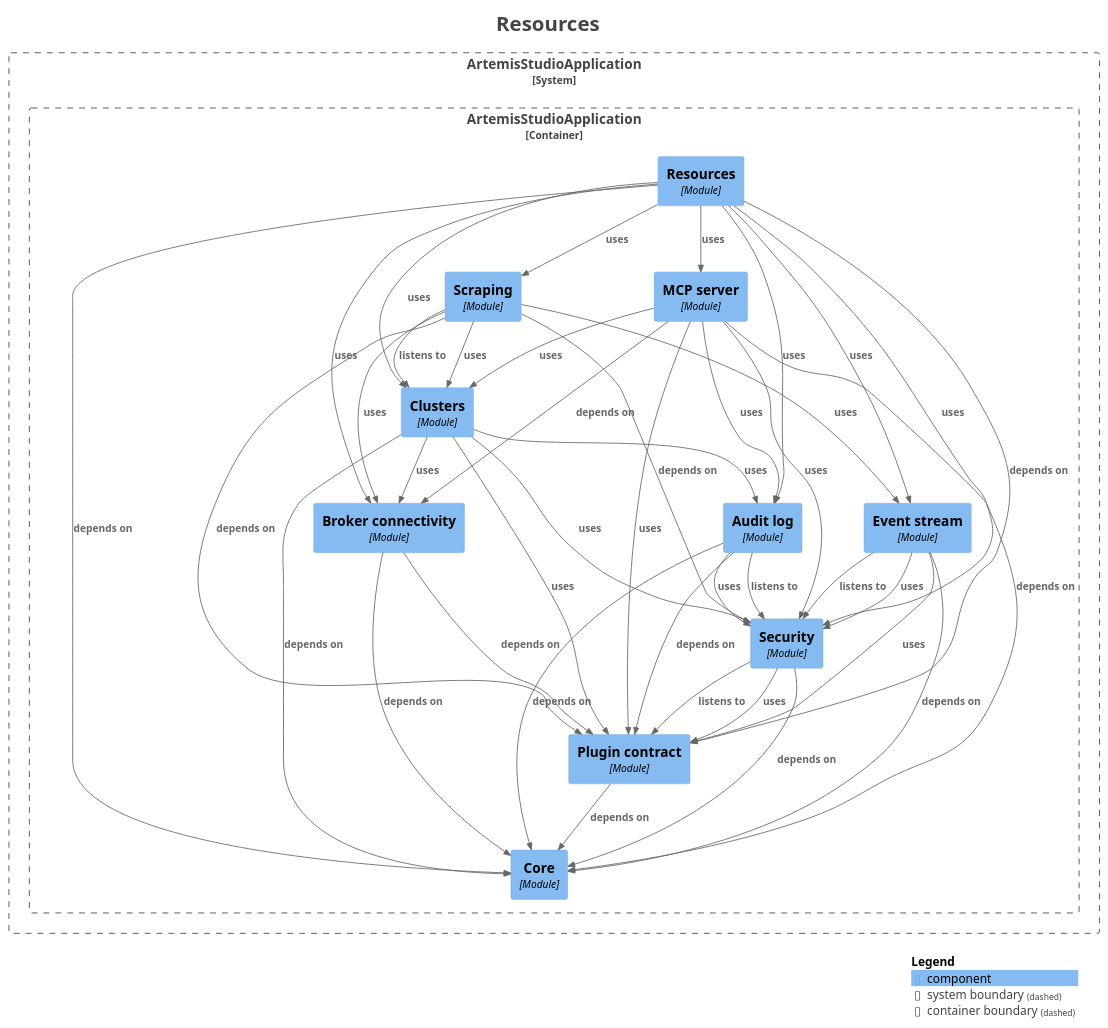
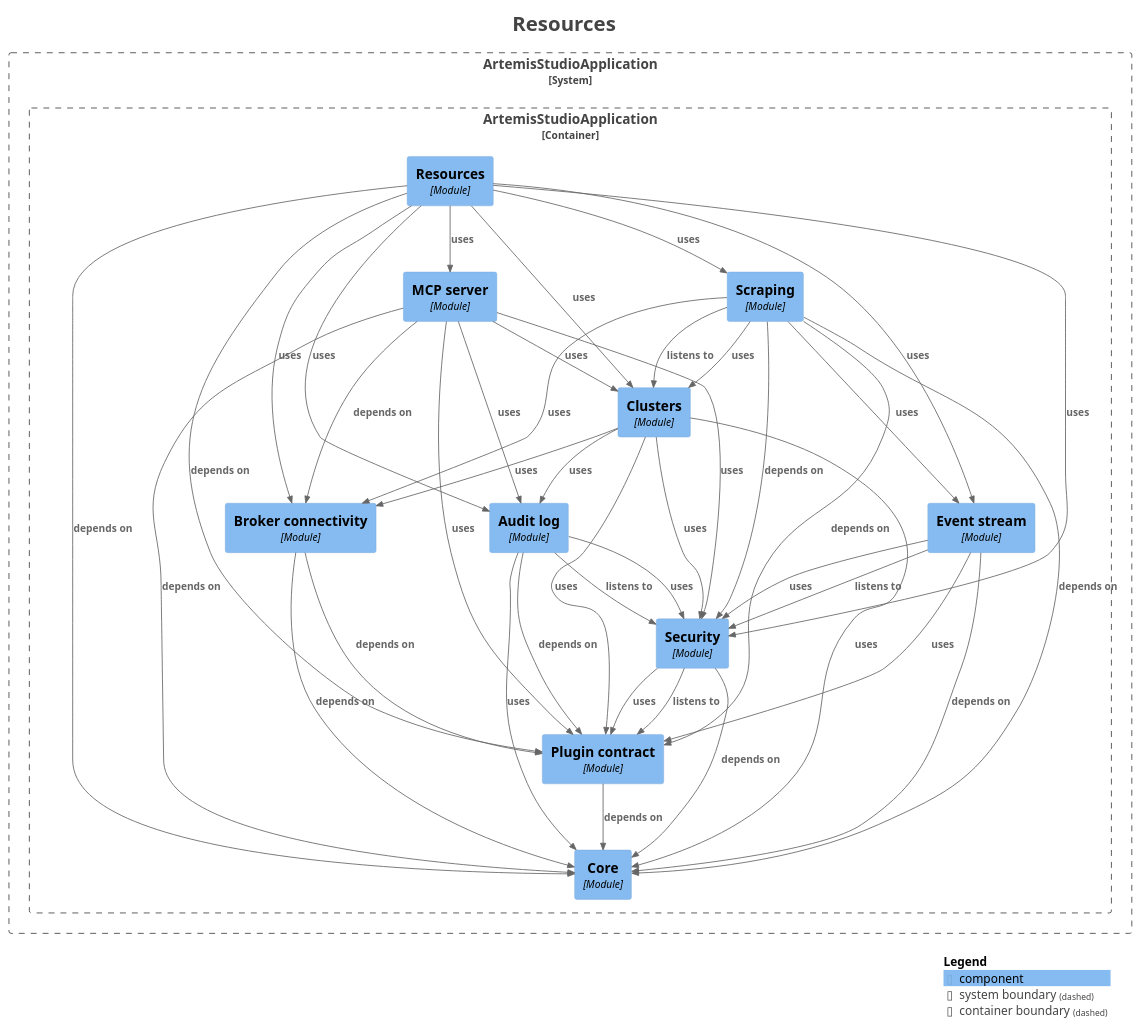
The diagram in docs/modules/module-feature.resources.puml (sudoitir/artemis-studio), drawn with PlantUML before and after one commit. The commit also changed 84 other files, not shown here.

```diff
--- a/docs/modules/module-feature.resources.puml
+++ b/docs/modules/module-feature.resources.puml
@@ -1,77 +1,78 @@
 @startuml
 title <size:24>Resources</size>
 
 set separator none
 top to bottom direction
 
 <style>
   root {
     BackgroundColor: #ffffff
     FontColor: #444444
   }
 </style>
 
 !include <C4/C4>
 !include <C4/C4_Context>
 !include <C4/C4_Component>
 
 System_Boundary("ArtemisStudioApplication_boundary", "ArtemisStudioApplication", $tags="") {
   Container_Boundary("ArtemisStudioApplication.ArtemisStudioApplication_boundary", "ArtemisStudioApplication", $tags="") {
     Component(ArtemisStudioApplication.ArtemisStudioApplication.Auditlog, "Audit log", $techn="Module", $descr="", $tags="", $link="")
     Component(ArtemisStudioApplication.ArtemisStudioApplication.Brokerconnectivity, "Broker connectivity", $techn="Module", $descr="", $tags="", $link="")
     Component(ArtemisStudioApplication.ArtemisStudioApplication.Clusters, "Clusters", $techn="Module", $descr="", $tags="", $link="")
     Component(ArtemisStudioApplication.ArtemisStudioApplication.Core, "Core", $techn="Module", $descr="", $tags="", $link="")
     Component(ArtemisStudioApplication.ArtemisStudioApplication.Eventstream, "Event stream", $techn="Module", $descr="", $tags="", $link="")
     Component(ArtemisStudioApplication.ArtemisStudioApplication.MCPserver, "MCP server", $techn="Module", $descr="", $tags="", $link="")
     Component(ArtemisStudioApplication.ArtemisStudioApplication.Plugincontract, "Plugin contract", $techn="Module", $descr="", $tags="", $link="")
     Component(ArtemisStudioApplication.ArtemisStudioApplication.Resources, "Resources", $techn="Module", $descr="", $tags="", $link="")
     Component(ArtemisStudioApplication.ArtemisStudioApplication.Scraping, "Scraping", $techn="Module", $descr="", $tags="", $link="")
     Component(ArtemisStudioApplication.ArtemisStudioApplication.Security, "Security", $techn="Module", $descr="", $tags="", $link="")
   }
 
 }
 
-Rel(ArtemisStudioApplication.ArtemisStudioApplication.Auditlog, ArtemisStudioApplication.ArtemisStudioApplication.Core, "depends on", $techn="", $tags="", $link="")
+Rel(ArtemisStudioApplication.ArtemisStudioApplication.Auditlog, ArtemisStudioApplication.ArtemisStudioApplication.Core, "uses", $techn="", $tags="", $link="")
 Rel(ArtemisStudioApplication.ArtemisStudioApplication.Auditlog, ArtemisStudioApplication.ArtemisStudioApplication.Plugincontract, "depends on", $techn="", $tags="", $link="")
 Rel(ArtemisStudioApplication.ArtemisStudioApplication.Auditlog, ArtemisStudioApplication.ArtemisStudioApplication.Security, "listens to", $techn="", $tags="", $link="")
 Rel(ArtemisStudioApplication.ArtemisStudioApplication.Auditlog, ArtemisStudioApplication.ArtemisStudioApplication.Security, "uses", $techn="", $tags="", $link="")
 Rel(ArtemisStudioApplication.ArtemisStudioApplication.Brokerconnectivity, ArtemisStudioApplication.ArtemisStudioApplication.Core, "depends on", $techn="", $tags="", $link="")
 Rel(ArtemisStudioApplication.ArtemisStudioApplication.Brokerconnectivity, ArtemisStudioApplication.ArtemisStudioApplication.Plugincontract, "depends on", $techn="", $tags="", $link="")
 Rel(ArtemisStudioApplication.ArtemisStudioApplication.Clusters, ArtemisStudioApplication.ArtemisStudioApplication.Auditlog, "uses", $techn="", $tags="", $link="")
 Rel(ArtemisStudioApplication.ArtemisStudioApplication.Clusters, ArtemisStudioApplication.ArtemisStudioApplication.Brokerconnectivity, "uses", $techn="", $tags="", $link="")
-Rel(ArtemisStudioApplication.ArtemisStudioApplication.Clusters, ArtemisStudioApplication.ArtemisStudioApplication.Core, "depends on", $techn="", $tags="", $link="")
+Rel(ArtemisStudioApplication.ArtemisStudioApplication.Clusters, ArtemisStudioApplication.ArtemisStudioApplication.Core, "uses", $techn="", $tags="", $link="")
 Rel(ArtemisStudioApplication.ArtemisStudioApplication.Clusters, ArtemisStudioApplication.ArtemisStudioApplication.Plugincontract, "uses", $techn="", $tags="", $link="")
 Rel(ArtemisStudioApplication.ArtemisStudioApplication.Clusters, ArtemisStudioApplication.ArtemisStudioApplication.Security, "uses", $techn="", $tags="", $link="")
 Rel(ArtemisStudioApplication.ArtemisStudioApplication.Eventstream, ArtemisStudioApplication.ArtemisStudioApplication.Core, "depends on", $techn="", $tags="", $link="")
 Rel(ArtemisStudioApplication.ArtemisStudioApplication.Eventstream, ArtemisStudioApplication.ArtemisStudioApplication.Plugincontract, "uses", $techn="", $tags="", $link="")
 Rel(ArtemisStudioApplication.ArtemisStudioApplication.Eventstream, ArtemisStudioApplication.ArtemisStudioApplication.Security, "listens to", $techn="", $tags="", $link="")
 Rel(ArtemisStudioApplication.ArtemisStudioApplication.Eventstream, ArtemisStudioApplication.ArtemisStudioApplication.Security, "uses", $techn="", $tags="", $link="")
 Rel(ArtemisStudioApplication.ArtemisStudioApplication.MCPserver, ArtemisStudioApplication.ArtemisStudioApplication.Auditlog, "uses", $techn="", $tags="", $link="")
 Rel(ArtemisStudioApplication.ArtemisStudioApplication.MCPserver, ArtemisStudioApplication.ArtemisStudioApplication.Brokerconnectivity, "depends on", $techn="", $tags="", $link="")
 Rel(ArtemisStudioApplication.ArtemisStudioApplication.MCPserver, ArtemisStudioApplication.ArtemisStudioApplication.Clusters, "uses", $techn="", $tags="", $link="")
 Rel(ArtemisStudioApplication.ArtemisStudioApplication.MCPserver, ArtemisStudioApplication.ArtemisStudioApplication.Core, "depends on", $techn="", $tags="", $link="")
 Rel(ArtemisStudioApplication.ArtemisStudioApplication.MCPserver, ArtemisStudioApplication.ArtemisStudioApplication.Plugincontract, "uses", $techn="", $tags="", $link="")
 Rel(ArtemisStudioApplication.ArtemisStudioApplication.MCPserver, ArtemisStudioApplication.ArtemisStudioApplication.Security, "uses", $techn="", $tags="", $link="")
 Rel(ArtemisStudioApplication.ArtemisStudioApplication.Plugincontract, ArtemisStudioApplication.ArtemisStudioApplication.Core, "depends on", $techn="", $tags="", $link="")
 Rel(ArtemisStudioApplication.ArtemisStudioApplication.Resources, ArtemisStudioApplication.ArtemisStudioApplication.Auditlog, "uses", $techn="", $tags="", $link="")
 Rel(ArtemisStudioApplication.ArtemisStudioApplication.Resources, ArtemisStudioApplication.ArtemisStudioApplication.Brokerconnectivity, "uses", $techn="", $tags="", $link="")
 Rel(ArtemisStudioApplication.ArtemisStudioApplication.Resources, ArtemisStudioApplication.ArtemisStudioApplication.Clusters, "uses", $techn="", $tags="", $link="")
 Rel(ArtemisStudioApplication.ArtemisStudioApplication.Resources, ArtemisStudioApplication.ArtemisStudioApplication.Core, "depends on", $techn="", $tags="", $link="")
 Rel(ArtemisStudioApplication.ArtemisStudioApplication.Resources, ArtemisStudioApplication.ArtemisStudioApplication.Eventstream, "uses", $techn="", $tags="", $link="")
 Rel(ArtemisStudioApplication.ArtemisStudioApplication.Resources, ArtemisStudioApplication.ArtemisStudioApplication.MCPserver, "uses", $techn="", $tags="", $link="")
 Rel(ArtemisStudioApplication.ArtemisStudioApplication.Resources, ArtemisStudioApplication.ArtemisStudioApplication.Plugincontract, "depends on", $techn="", $tags="", $link="")
 Rel(ArtemisStudioApplication.ArtemisStudioApplication.Resources, ArtemisStudioApplication.ArtemisStudioApplication.Scraping, "uses", $techn="", $tags="", $link="")
 Rel(ArtemisStudioApplication.ArtemisStudioApplication.Resources, ArtemisStudioApplication.ArtemisStudioApplication.Security, "uses", $techn="", $tags="", $link="")
 Rel(ArtemisStudioApplication.ArtemisStudioApplication.Scraping, ArtemisStudioApplication.ArtemisStudioApplication.Brokerconnectivity, "uses", $techn="", $tags="", $link="")
 Rel(ArtemisStudioApplication.ArtemisStudioApplication.Scraping, ArtemisStudioApplication.ArtemisStudioApplication.Clusters, "listens to", $techn="", $tags="", $link="")
 Rel(ArtemisStudioApplication.ArtemisStudioApplication.Scraping, ArtemisStudioApplication.ArtemisStudioApplication.Clusters, "uses", $techn="", $tags="", $link="")
+Rel(ArtemisStudioApplication.ArtemisStudioApplication.Scraping, ArtemisStudioApplication.ArtemisStudioApplication.Core, "depends on", $techn="", $tags="", $link="")
 Rel(ArtemisStudioApplication.ArtemisStudioApplication.Scraping, ArtemisStudioApplication.ArtemisStudioApplication.Eventstream, "uses", $techn="", $tags="", $link="")
 Rel(ArtemisStudioApplication.ArtemisStudioApplication.Scraping, ArtemisStudioApplication.ArtemisStudioApplication.Plugincontract, "depends on", $techn="", $tags="", $link="")
 Rel(ArtemisStudioApplication.ArtemisStudioApplication.Scraping, ArtemisStudioApplication.ArtemisStudioApplication.Security, "depends on", $techn="", $tags="", $link="")
 Rel(ArtemisStudioApplication.ArtemisStudioApplication.Security, ArtemisStudioApplication.ArtemisStudioApplication.Core, "depends on", $techn="", $tags="", $link="")
 Rel(ArtemisStudioApplication.ArtemisStudioApplication.Security, ArtemisStudioApplication.ArtemisStudioApplication.Plugincontract, "listens to", $techn="", $tags="", $link="")
 Rel(ArtemisStudioApplication.ArtemisStudioApplication.Security, ArtemisStudioApplication.ArtemisStudioApplication.Plugincontract, "uses", $techn="", $tags="", $link="")
 
 SHOW_LEGEND(true)
 hide stereotypes
 @enduml
```
